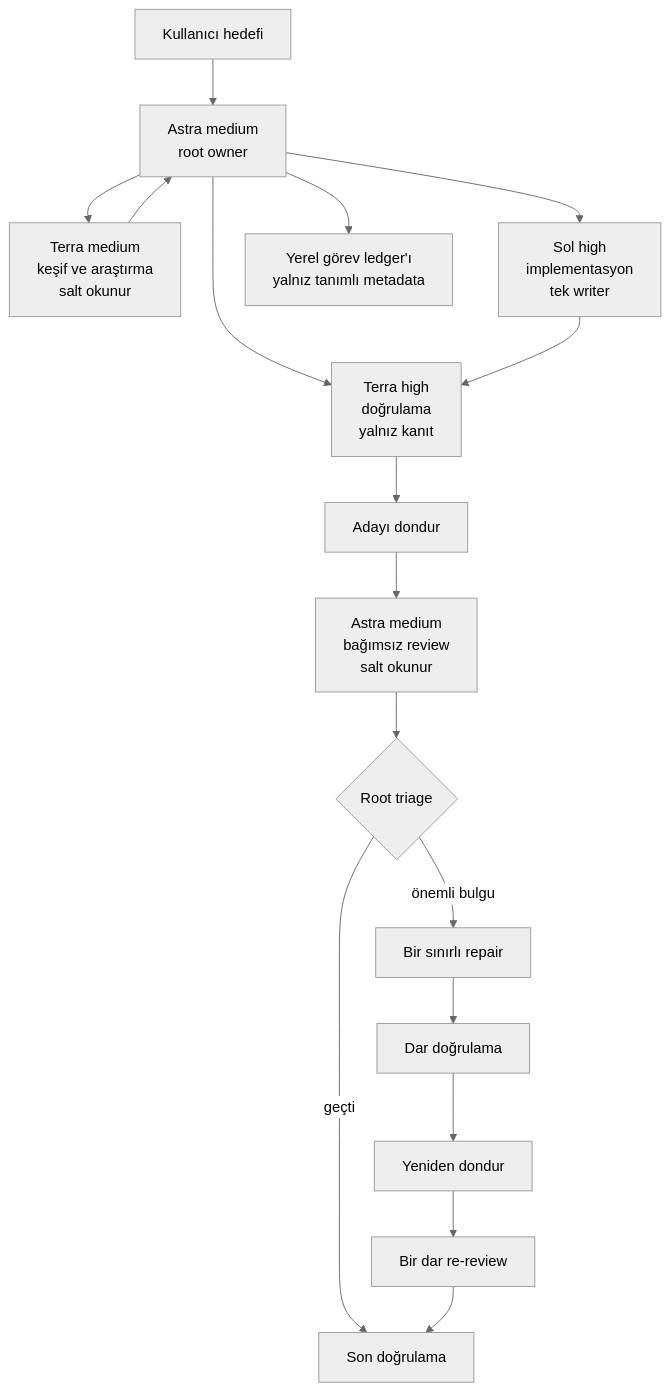
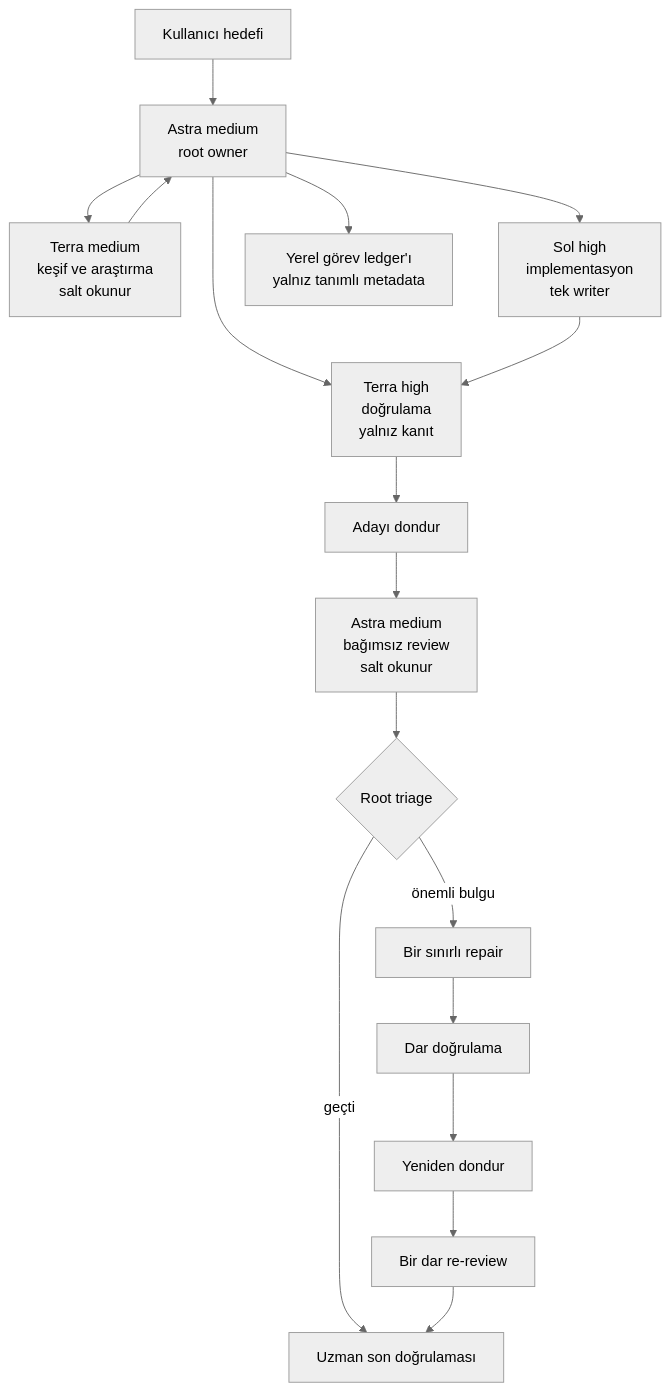
The diagram in README.tr.md (metapak/codex-bounded-orchestrator), drawn with Mermaid (neutral theme) before and after one commit. The commit also changed other lines of this file and 7 other files, not shown here.

````diff
--- a/README.tr.md
+++ b/README.tr.md
@@ -46,19 +48,19 @@
 ```mermaid
 flowchart TD
     U[Kullanıcı hedefi] --> O["Astra medium<br/>root owner"]
     O --> E["Terra medium<br/>keşif ve araştırma<br/>salt okunur"]
     O --> I["Sol high<br/>implementasyon<br/>tek writer"]
     O --> V["Terra high<br/>doğrulama<br/>yalnız kanıt"]
     O --> L["Yerel görev ledger'ı<br/>yalnız tanımlı metadata"]
     E --> O
     I --> V
     V --> F[Adayı dondur]
     F --> R["Astra medium<br/>bağımsız review<br/>salt okunur"]
     R --> T{Root triage}
-    T -->|geçti| D[Son doğrulama]
+    T -->|geçti| D[Uzman son doğrulaması]
     T -->|önemli bulgu| B[Bir sınırlı repair]
     B --> V2[Dar doğrulama]
     V2 --> F2[Yeniden dondur]
     F2 --> R2[Bir dar re-review]
     R2 --> D
 ```
````
